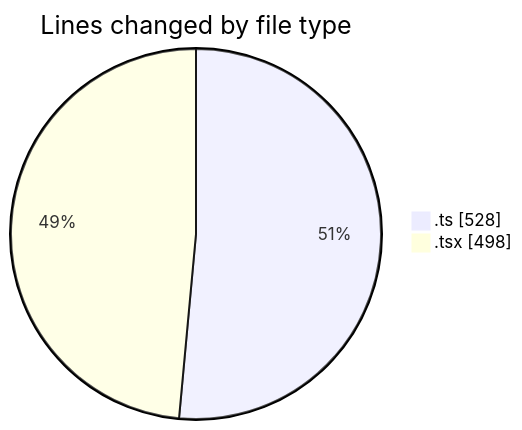
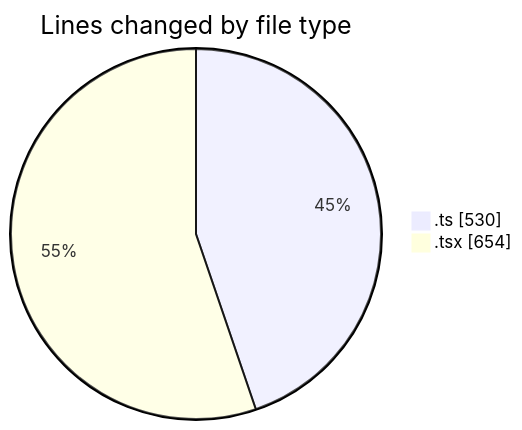
The first of 2 diagrams in 2025-11-03/eventscop-frontend-guide__workspace_/README.md (julien-gomy/code-tracking), drawn with Mermaid before and after one commit. The commit also changed other lines of this file and 1 other file, not shown here.

````diff
--- a/2025-11-03/eventscop-frontend-guide__workspace_/README.md
+++ b/2025-11-03/eventscop-frontend-guide__workspace_/README.md
@@ -24,6 +24,6 @@
 ```mermaid
 pie showData
 title Lines changed by file type
-".ts" : 528
-".tsx" : 498
+".ts" : 530
+".tsx" : 654
 ```
````
